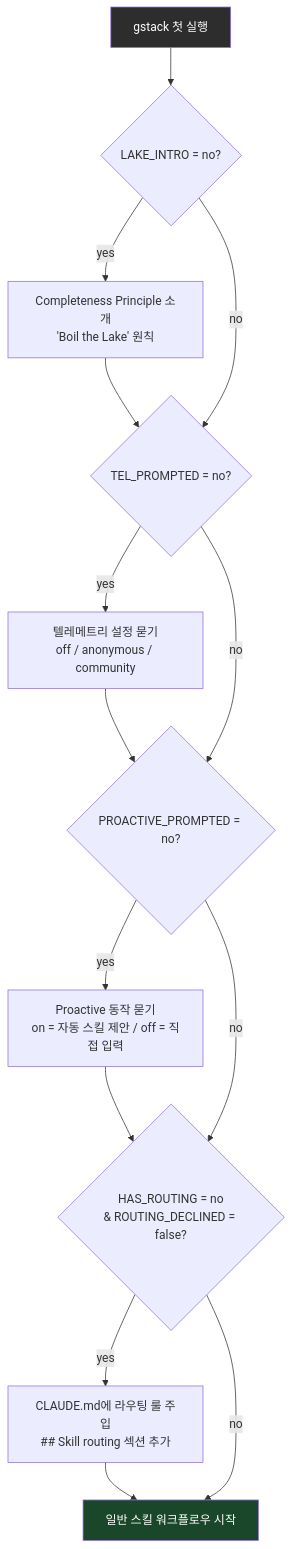
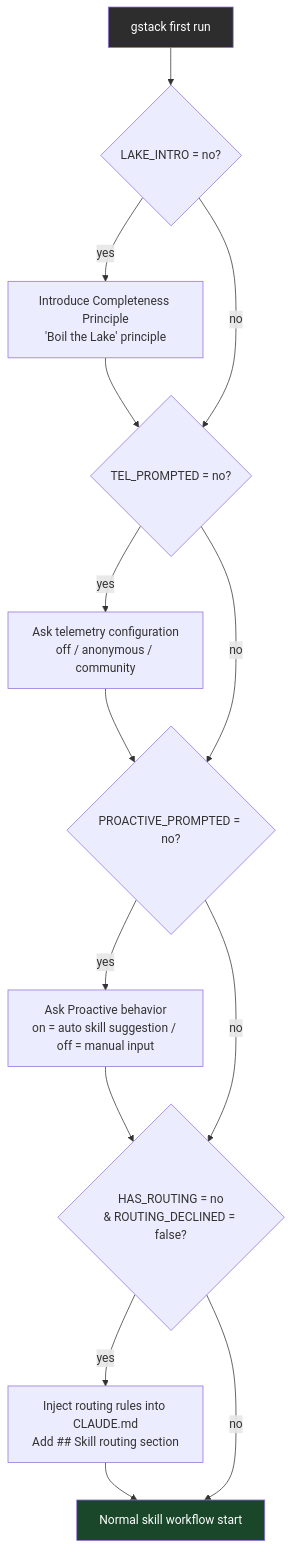
The diagram in design/reference/gstack.md (wonjinsin/harness-flow), drawn with Mermaid before and after one commit. The commit also changed other lines of this file and 28 other files, not shown here.

First line of the commit message:
feat: scaffold harness-flow Claude Code plugin and rename skill suite

````diff
--- a/design/reference/gstack.md
+++ b/design/reference/gstack.md
@@ -278,19 +281,19 @@
 ```mermaid
 flowchart TD
-    A[gstack 첫 실행] --> B{LAKE_INTRO = no?}
-    B -- yes --> C[Completeness Principle 소개\n'Boil the Lake' 원칙]
+    A[gstack first run] --> B{LAKE_INTRO = no?}
+    B -- yes --> C[Introduce Completeness Principle\n'Boil the Lake' principle]
     C --> D{TEL_PROMPTED = no?}
     B -- no --> D
-    D -- yes --> E[텔레메트리 설정 묻기\noff / anonymous / community]
+    D -- yes --> E[Ask telemetry configuration\noff / anonymous / community]
     E --> F{PROACTIVE_PROMPTED = no?}
     D -- no --> F
-    F -- yes --> G[Proactive 동작 묻기\non = 자동 스킬 제안 / off = 직접 입력]
+    F -- yes --> G[Ask Proactive behavior\non = auto skill suggestion / off = manual input]
     G --> H{HAS_ROUTING = no\n& ROUTING_DECLINED = false?}
     F -- no --> H
-    H -- yes --> I[CLAUDE.md에 라우팅 룰 주입\n## Skill routing 섹션 추가]
-    I --> J[일반 스킬 워크플로우 시작]
+    H -- yes --> I[Inject routing rules into CLAUDE.md\nAdd ## Skill routing section]
+    I --> J[Normal skill workflow start]
     H -- no --> J
 
     style A fill:#2d2d2d,color:#fff
     style J fill:#1a472a,color:#fff
 ```
````
